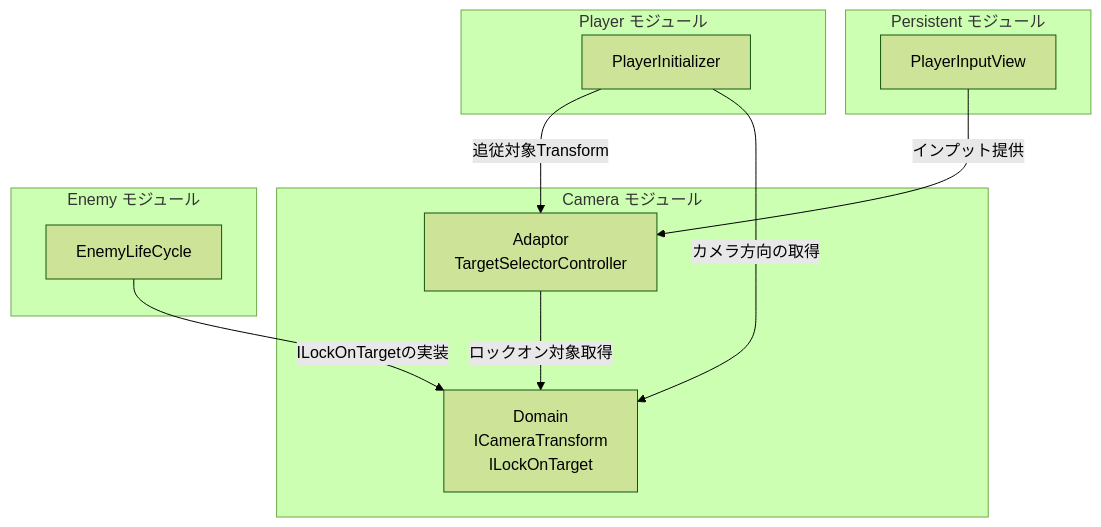
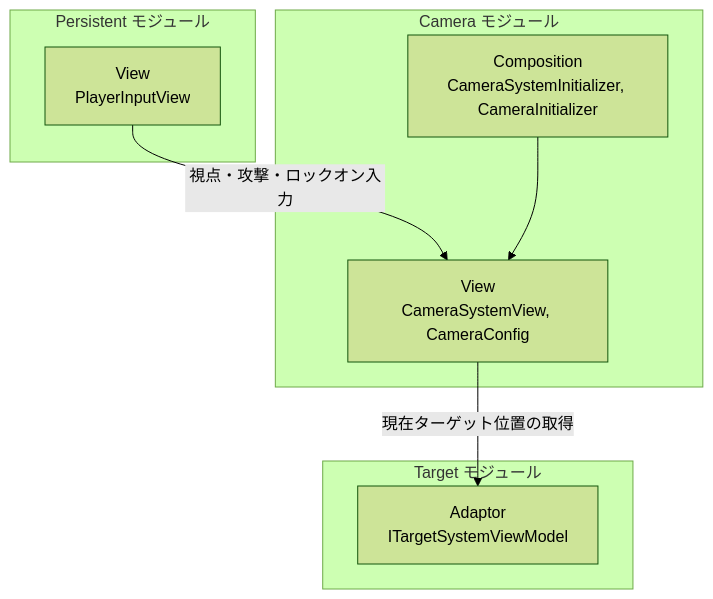
The first of 3 diagrams in Assets/Docs/ScriptsDocs/Modules/NotionModuleDocs/Camera.md (HIBIKI5201/SymphonyKillChord), drawn with Mermaid (forest theme) before and after one commit. The commit also changed other lines of this file and 60 other files, not shown here.

````diff
--- a/Assets/Docs/ScriptsDocs/Modules/NotionModuleDocs/Camera.md
+++ b/Assets/Docs/ScriptsDocs/Modules/NotionModuleDocs/Camera.md
@@ -38,27 +45,21 @@
 ```mermaid
 graph TD
     %% 定義 (接続のないレイヤーは省略)
     subgraph CameraModule [Camera モジュール]
-        Domain[Domain<br>ICameraTransform<br>ILockOnTarget]
-        Adaptor[Adaptor<br>TargetSelectorController]
+        View["View<br>CameraSystemView, CameraConfig"]
+        Composition["Composition<br>CameraSystemInitializer, CameraInitializer"]
     end
-    
-    subgraph PersistentModule [Persistent モジュール]
-        PlayerInputView[PlayerInputView]
+
+    subgraph PersistentInputModule [Persistent モジュール]
+        InputView["View<br>PlayerInputView"]
     end
-    
-    subgraph PlayerModule [Player モジュール]
-        PlayerInitializer[PlayerInitializer]
-    end
-    
-    subgraph EnemyModule [Enemy モジュール]
-        EnemyLifeCycle[EnemyLifeCycle]
+
+    subgraph TargetModule [Target モジュール]
+        TargetAdaptor["Adaptor<br>ITargetSystemViewModel"]
     end
 
     %% 依存関係
-    PlayerInputView -->|インプット提供| Adaptor
-    PlayerInitializer -->|追従対象Transform| Adaptor
-    PlayerInitializer -->|カメラ方向の取得| Domain
-    EnemyLifeCycle -->|ILockOnTargetの実装| Domain
-    Adaptor -->|ロックオン対象取得| Domain
+    InputView -->|視点・攻撃・ロックオン入力| View
+    View -->|現在ターゲット位置の取得| TargetAdaptor
+    Composition --> View
 ```
````
